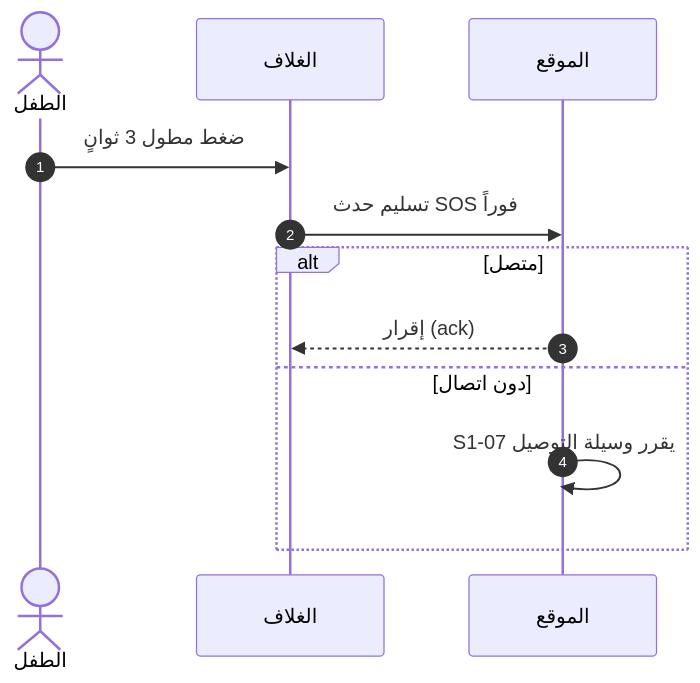
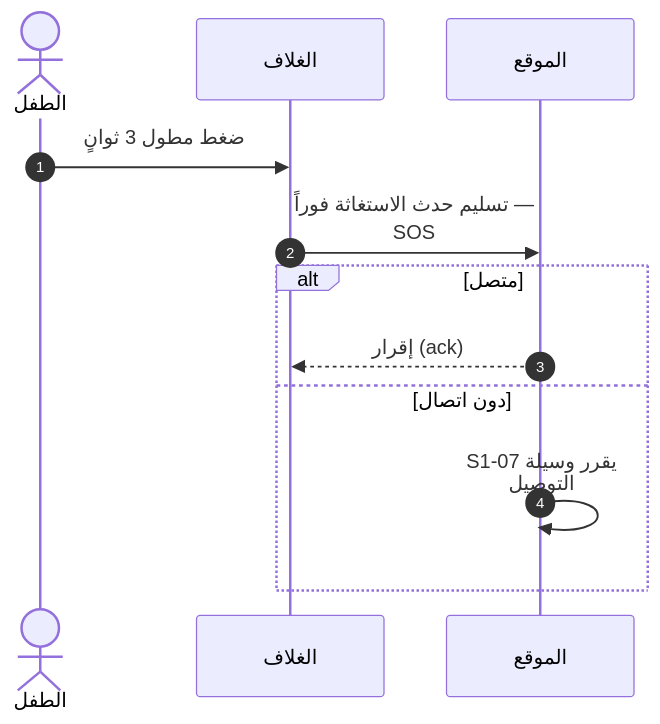
One commit to Bassam-mohammed-alqaeadi/family-os-v2 changed the seventh of 26 diagrams in docs/family-os/governance/phases/phase-1/S1-01-app-shell-and-platform/DIAGRAMS.md. Above: the diagram before and after it, drawn with Mermaid. The commit also changed other lines of this file, not shown here.

````diff
--- a/docs/family-os/governance/phases/phase-1/S1-01-app-shell-and-platform/DIAGRAMS.md
+++ b/docs/family-os/governance/phases/phase-1/S1-01-app-shell-and-platform/DIAGRAMS.md
@@ -338,14 +348,15 @@
 ```mermaid
+%%{init: {"sequence": {"wrap": true}}}%%
 sequenceDiagram
     autonumber
     actor Child as الطفل
     participant Shell as الغلاف
     participant S107 as الموقع
     Child->>Shell: ضغط مطول 3 ثوانٍ
-    Shell->>S107: تسليم حدث SOS فوراً
+    Shell->>S107: تسليم حدث الاستغاثة فوراً — SOS
     alt متصل
         S107-->>Shell: إقرار (ack)
     else دون اتصال
         S107->>S107: S1-07 يقرر وسيلة التوصيل
     end
 ```
````
